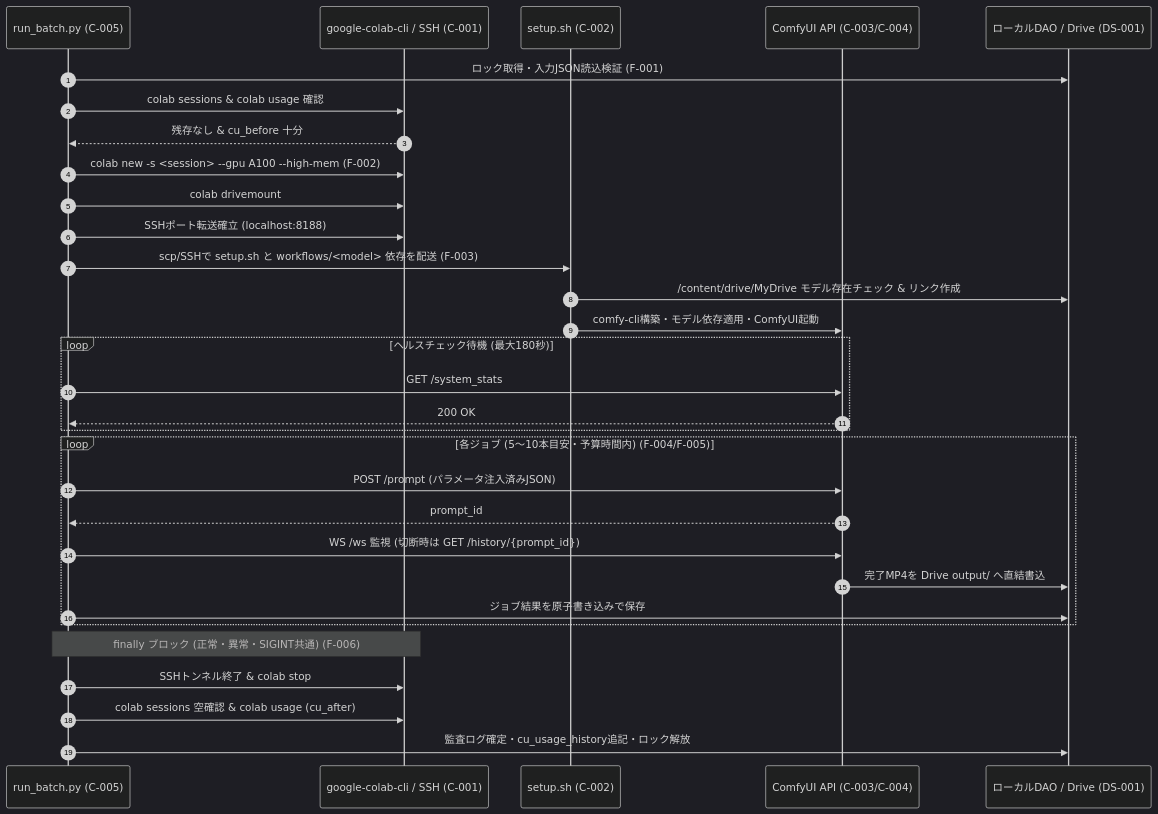
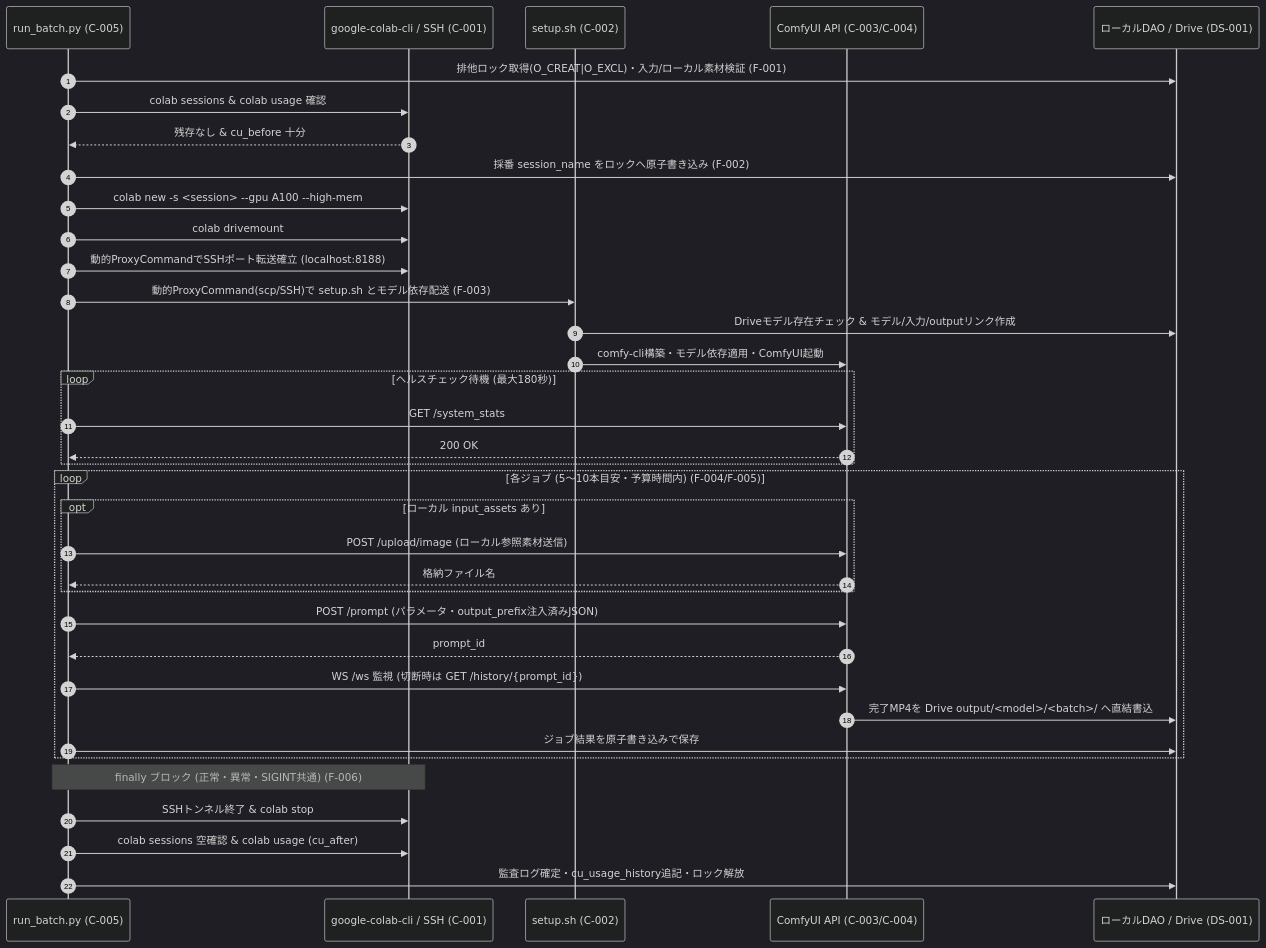
One commit to xzyozi/colab-cli-comfyui-runner changed the second of 2 diagrams in docs/design/CCR-DD-001_詳細設計書.md. Above: the diagram before and after it, drawn with Mermaid (dark theme). The commit also changed other lines of this file and 1 other file, not shown here.

Commit message:
[docs] CCR-DD-001とCCR-DS-001の検収指摘8点（動的ProxyCommand・input_assets・ログ一意化・stale lock等）を反映

````diff
--- a/docs/design/CCR-DD-001_詳細設計書.md
+++ b/docs/design/CCR-DD-001_詳細設計書.md
@@ -201,38 +210,43 @@
 ```mermaid
 sequenceDiagram
     autonumber
     participant CLI as run_batch.py (C-005)
     participant VM as google-colab-cli / SSH (C-001)
     participant Setup as setup.sh (C-002)
     participant Comfy as ComfyUI API (C-003/C-004)
     participant Store as ローカルDAO / Drive (DS-001)
 
-    CLI->>Store: ロック取得・入力JSON読込検証 (F-001)
+    CLI->>Store: 排他ロック取得(O_CREAT|O_EXCL)・入力/ローカル素材検証 (F-001)
     CLI->>VM: colab sessions & colab usage 確認
     VM-->>CLI: 残存なし & cu_before 十分
 
-    CLI->>VM: colab new -s <session> --gpu A100 --high-mem (F-002)
+    CLI->>Store: 採番 session_name をロックへ原子書き込み (F-002)
+    CLI->>VM: colab new -s <session> --gpu A100 --high-mem
     CLI->>VM: colab drivemount
-    CLI->>VM: SSHポート転送確立 (localhost:8188)
+    CLI->>VM: 動的ProxyCommandでSSHポート転送確立 (localhost:8188)
 
-    CLI->>Setup: scp/SSHで setup.sh と workflows/<model> 依存を配送 (F-003)
-    Setup->>Store: /content/drive/MyDrive モデル存在チェック & リンク作成
+    CLI->>Setup: 動的ProxyCommand(scp/SSH)で setup.sh とモデル依存配送 (F-003)
+    Setup->>Store: Driveモデル存在チェック & モデル/入力/outputリンク作成
     Setup->>Comfy: comfy-cli構築・モデル依存適用・ComfyUI起動
     loop ヘルスチェック待機 (最大180秒)
         CLI->>Comfy: GET /system_stats
         Comfy-->>CLI: 200 OK
     end
 
     loop 各ジョブ (5〜10本目安・予算時間内) (F-004/F-005)
-        CLI->>Comfy: POST /prompt (パラメータ注入済みJSON)
+        opt ローカル input_assets あり
+            CLI->>Comfy: POST /upload/image (ローカル参照素材送信)
+            Comfy-->>CLI: 格納ファイル名
+        end
+        CLI->>Comfy: POST /prompt (パラメータ・output_prefix注入済みJSON)
         Comfy-->>CLI: prompt_id
         CLI->>Comfy: WS /ws 監視 (切断時は GET /history/{prompt_id})
-        Comfy->>Store: 完了MP4を Drive output/ へ直結書込
+        Comfy->>Store: 完了MP4を Drive output/<model>/<batch>/ へ直結書込
         CLI->>Store: ジョブ結果を原子書き込みで保存
     end
 
     Note over CLI,VM: finally ブロック (正常・異常・SIGINT共通) (F-006)
     CLI->>VM: SSHトンネル終了 & colab stop
     CLI->>VM: colab sessions 空確認 & colab usage (cu_after)
     CLI->>Store: 監査ログ確定・cu_usage_history追記・ロック解放
 ```
````
